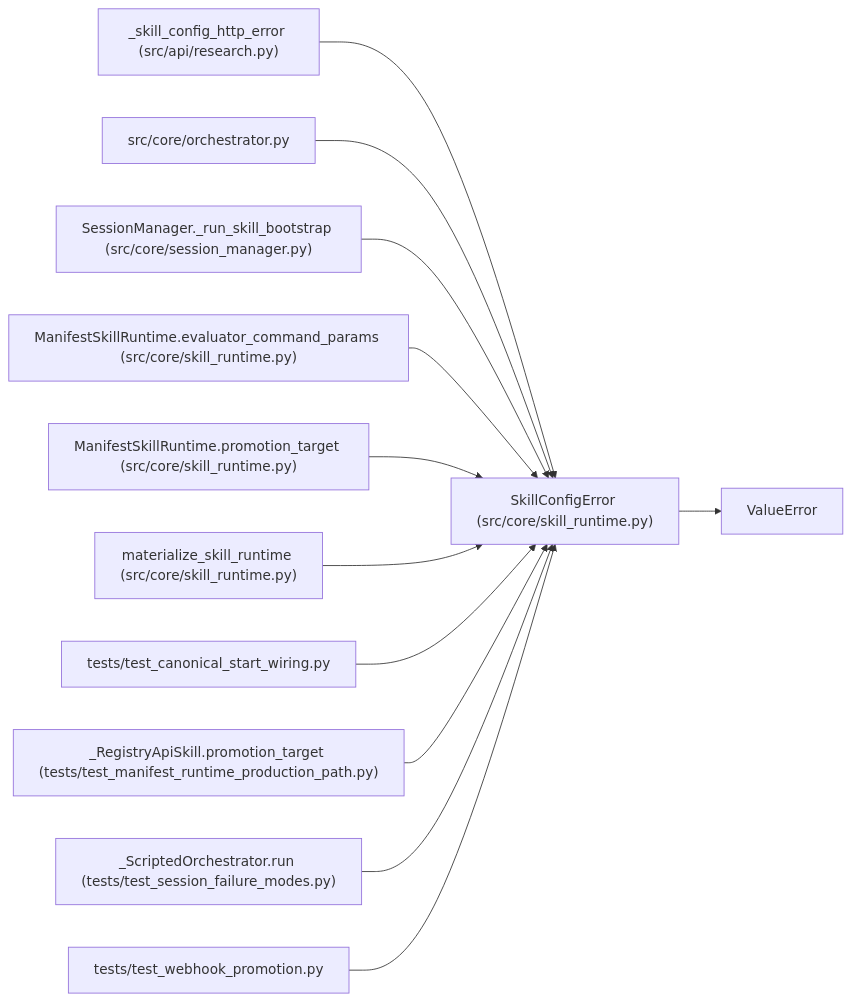
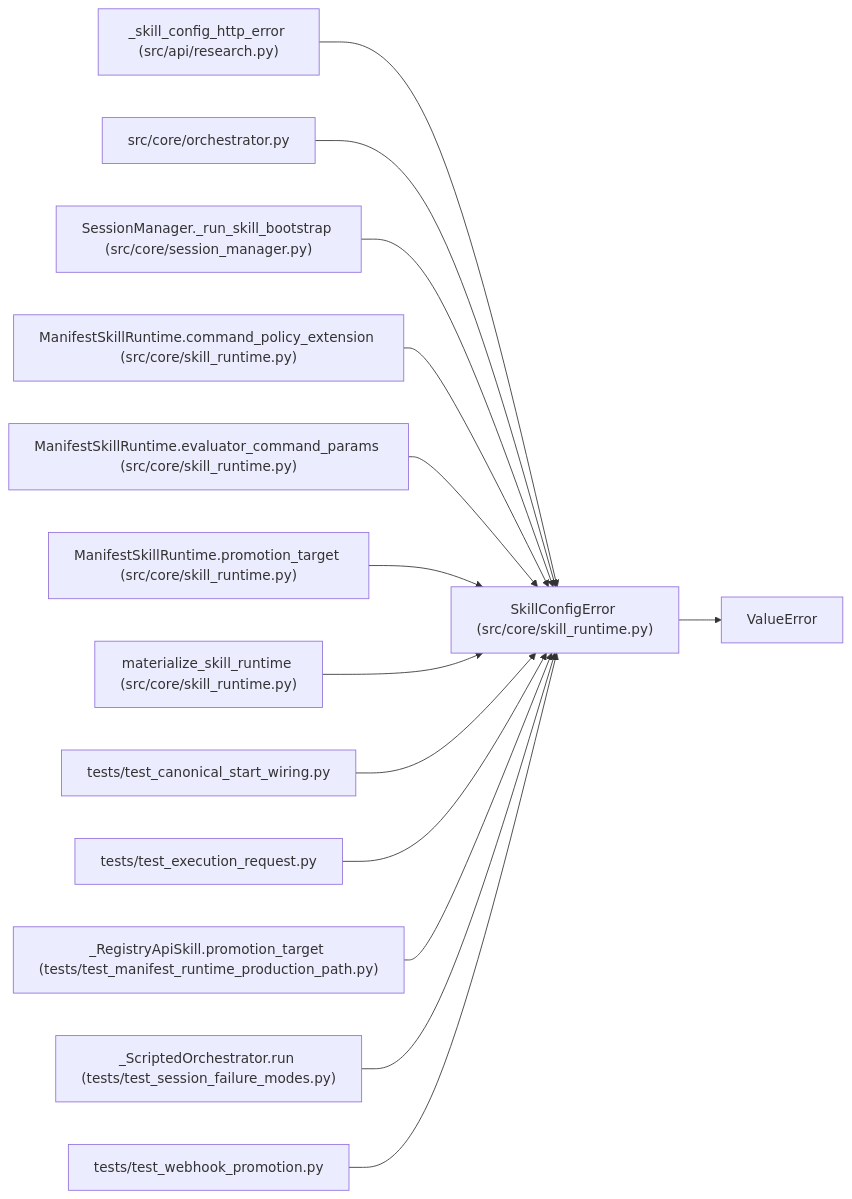
One commit to Denissvgn/autoresearch-agent changed the diagram in docs/llm_wiki/entities/SkillConfigError.md. Above: the diagram before and after it, drawn with Mermaid. The commit also changed other lines of this file and 41 other files, not shown here.

First line of the commit message:
docs(wiki): sync pages for the single execution request resolver

````diff
--- a/docs/llm_wiki/entities/SkillConfigError.md
+++ b/docs/llm_wiki/entities/SkillConfigError.md
@@ -30,37 +30,43 @@
 ```mermaid
 flowchart LR
     n0["SkillConfigError (src/core/skill_runtime.py)"]
     n1["ValueError"]
     n2["_skill_config_http_error (src/api/research.py)"]
     n3["src/core/orchestrator.py"]
     n4["SessionManager._run_skill_bootstrap (src/core/session_manager.py)"]
-    n5["ManifestSkillRuntime.evaluator_command_params (src/core/skill_runtime.py)"]
-    n6["ManifestSkillRuntime.promotion_target (src/core/skill_runtime.py)"]
-    n7["materialize_skill_runtime (src/core/skill_runtime.py)"]
-    n8["tests/test_canonical_start_wiring.py"]
-    n9["_RegistryApiSkill.promotion_target (tests/test_manifest_runtime_production_path.py)"]
-    n10["_ScriptedOrchestrator.run (tests/test_session_failure_modes.py)"]
-    n11["tests/test_webhook_promotion.py"]
+    n5["ManifestSkillRuntime.command_policy_extension (src/core/skill_runtime.py)"]
+    n6["ManifestSkillRuntime.evaluator_command_params (src/core/skill_runtime.py)"]
+    n7["ManifestSkillRuntime.promotion_target (src/core/skill_runtime.py)"]
+    n8["materialize_skill_runtime (src/core/skill_runtime.py)"]
+    n9["tests/test_canonical_start_wiring.py"]
+    n10["tests/test_execution_request.py"]
+    n11["_RegistryApiSkill.promotion_target (tests/test_manifest_runtime_production_path.py)"]
+    n12["_ScriptedOrchestrator.run (tests/test_session_failure_modes.py)"]
+    n13["tests/test_webhook_promotion.py"]
     n0 --> n1
     n2 --> n0
     n3 --> n0
     n4 --> n0
     n5 --> n0
     n6 --> n0
     n7 --> n0
     n8 --> n0
     n9 --> n0
     n10 --> n0
     n11 --> n0
+    n12 --> n0
+    n13 --> n0
     click n0 "../modules/skill_runtime.md"
     click n2 "../modules/research.md"
     click n3 "../modules/orchestrator.md"
     click n4 "../modules/session_manager.md"
     click n5 "../modules/skill_runtime.md"
     click n6 "../modules/skill_runtime.md"
     click n7 "../modules/skill_runtime.md"
-    click n8 "../modules/test_canonical_start_wiring.md"
-    click n9 "../modules/test_manifest_runtime_production_path.md"
-    click n10 "../modules/test_session_failure_modes.md"
-    click n11 "../modules/test_webhook_promotion.md"
+    click n8 "../modules/skill_runtime.md"
+    click n9 "../modules/test_canonical_start_wiring.md"
+    click n10 "../modules/test_execution_request.md"
+    click n11 "../modules/test_manifest_runtime_production_path.md"
+    click n12 "../modules/test_session_failure_modes.md"
+    click n13 "../modules/test_webhook_promotion.md"
 ```
````
